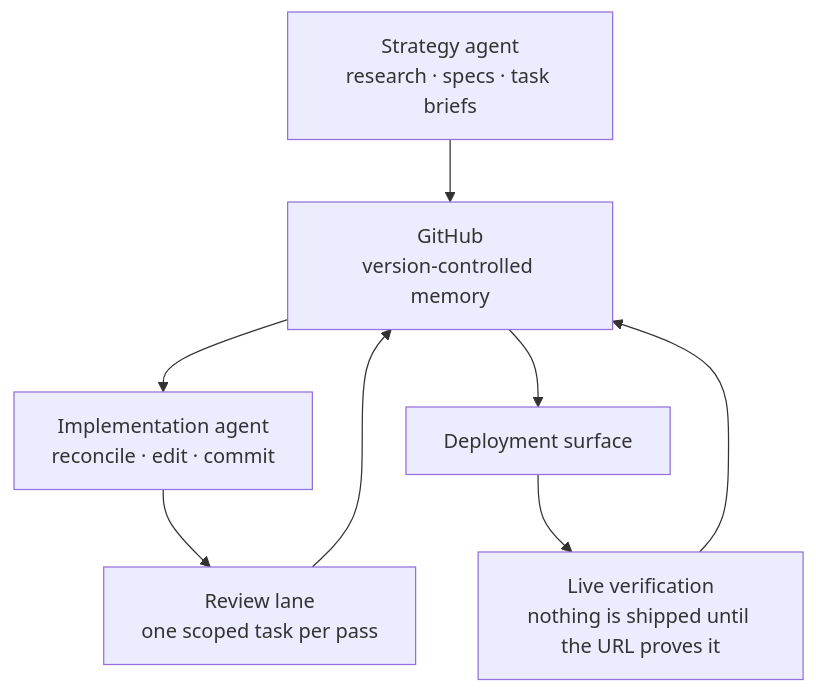
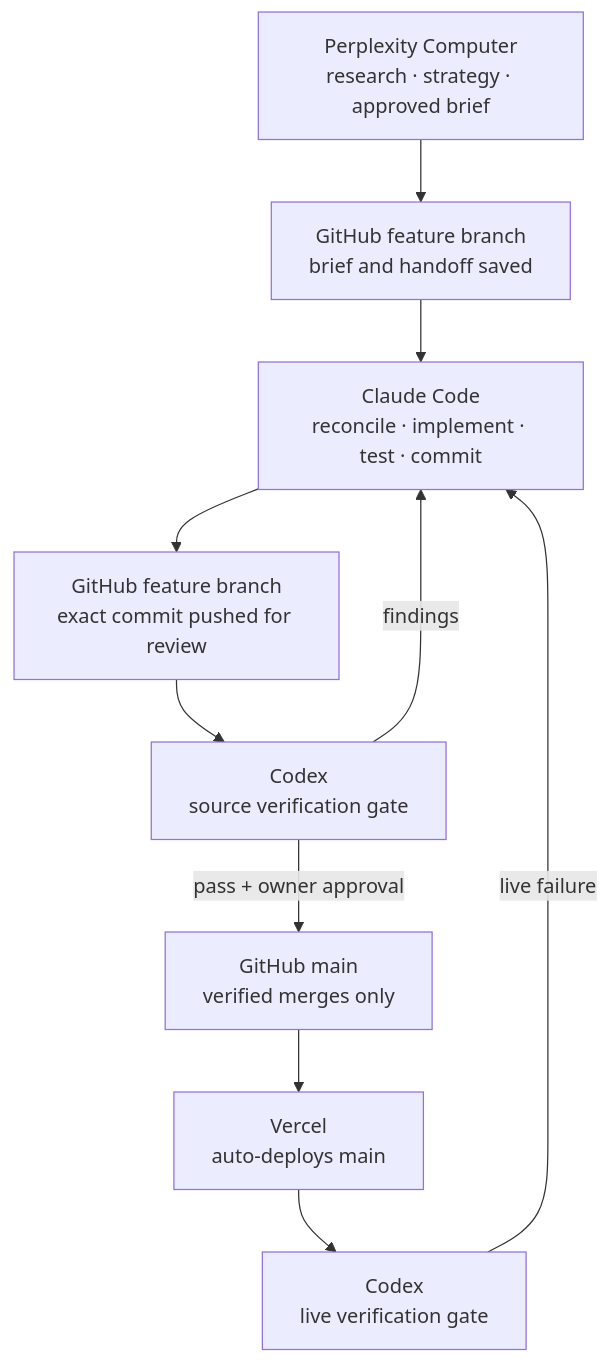
The diagram in README.md (roselaguana/agentic-handshake), drawn with Mermaid before and after one commit. The commit also changed other lines of this file and 2 other files, not shown here.

Commit message:
Correct protocol to Codex-verified canonical flow
- README: 'review lane' becomes 'verification lane'; Mermaid diagram
  rebuilt to the canonical flow with feature-branch handoffs, the
  Codex source-verification gate with failure loop back to Claude
  Code, and the pass path through GitHub main, Vercel auto-deploy,
  and Codex live verification. Two-gates paragraph added.
- AGENTS.template.md: new Verification workflow section (feature-branch
  implementation, verify before main, remediation and re-verification,
  owner approval before merge, live verification after deployment).
- HANDOFF.template.md: new Verification state section (branch, commit
  SHA, verification status, findings, invalidation, deployed SHA and
  live result).

Remediation for the failed 2026-07-21 Codex verification pass.

````diff
--- a/README.md
+++ b/README.md
@@ -27,10 +27,12 @@
 ```mermaid
 flowchart TD
-    A[Strategy agent<br/>research · specs · task briefs] --> B[GitHub<br/>version-controlled memory]
-    B --> C[Implementation agent<br/>reconcile · edit · commit]
-    C --> D[Review lane<br/>one scoped task per pass]
-    D --> B
-    B --> E[Deployment surface]
-    E --> F[Live verification<br/>nothing is shipped until the URL proves it]
-    F --> B
+    A[Perplexity Computer<br/>research · strategy · approved brief] --> B[GitHub feature branch<br/>brief and handoff saved]
+    B --> C[Claude Code<br/>reconcile · implement · test · commit]
+    C --> D[GitHub feature branch<br/>exact commit pushed for review]
+    D --> E[Codex<br/>source verification gate]
+    E -->|findings| C
+    E -->|pass + owner approval| F[GitHub main<br/>verified merges only]
+    F --> G[Vercel<br/>auto-deploys main]
+    G --> H[Codex<br/>live verification gate]
+    H -->|live failure| C
 ```
````
